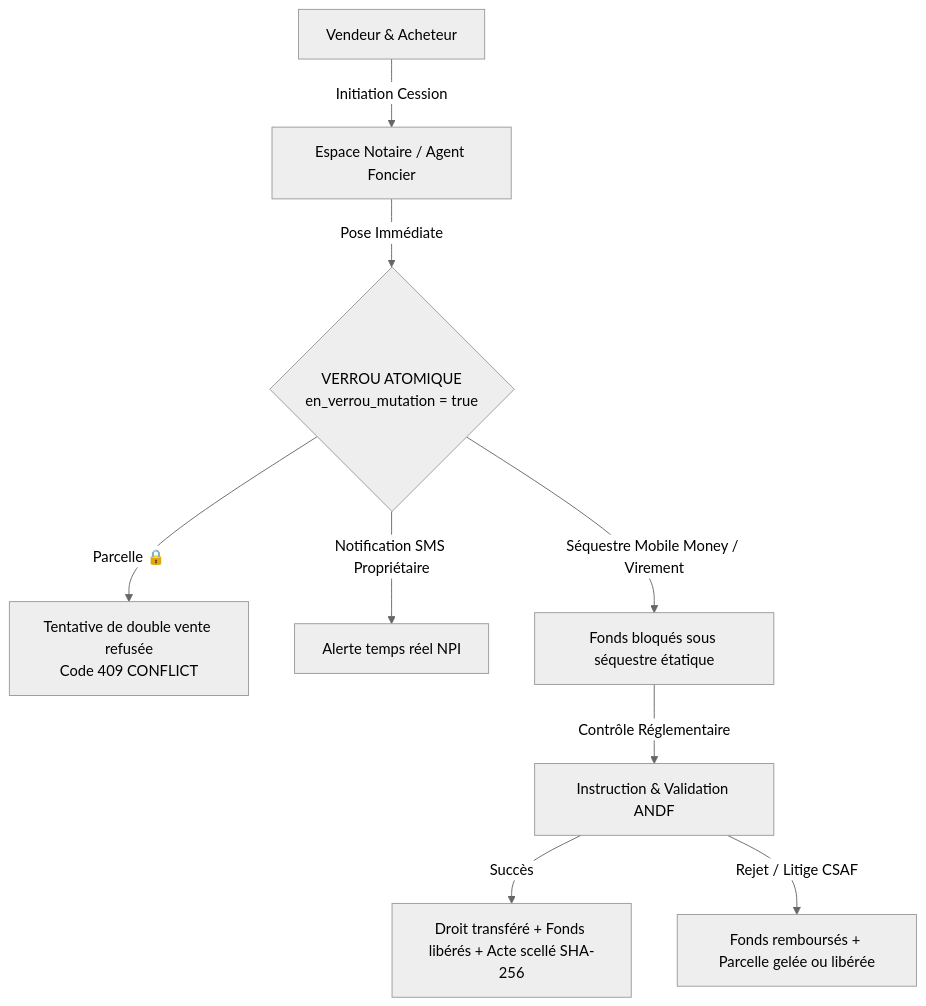
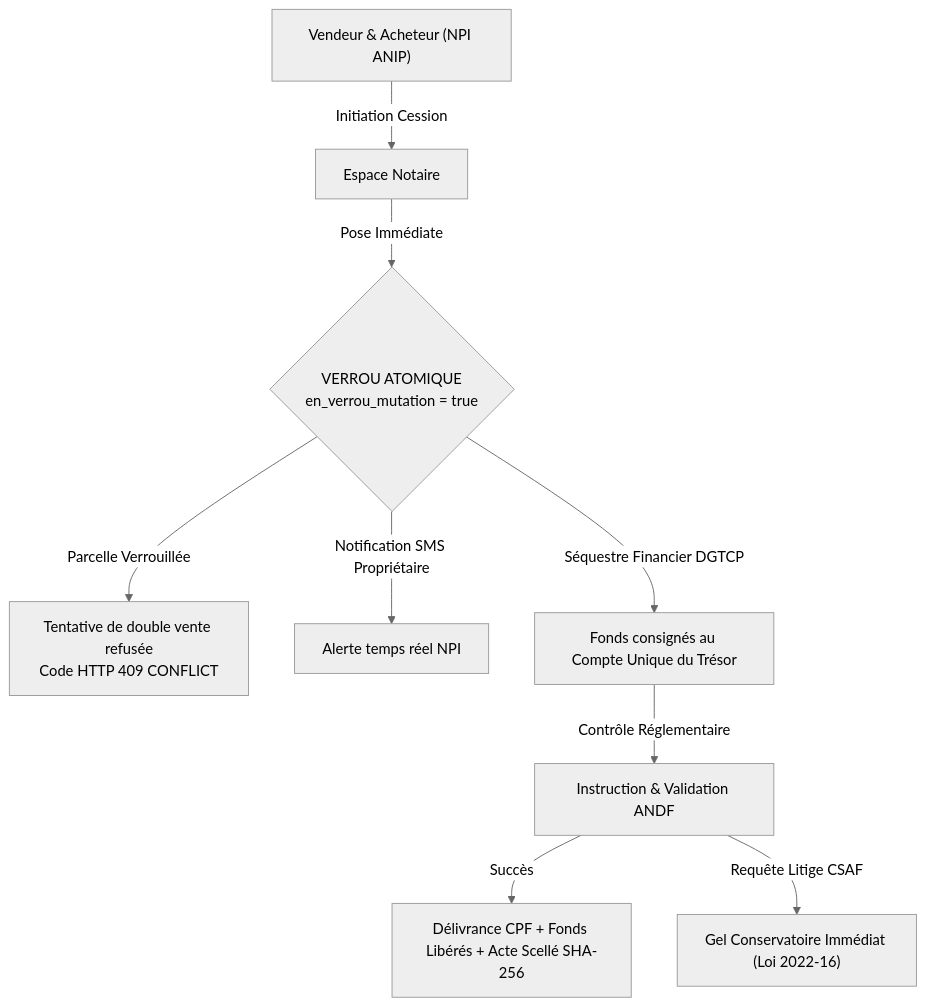
Before and after one commit to SAGBO4/BENINLAND: the diagram in README.md, drawn with Mermaid (neutral theme). The commit also changed other lines of this file and 1 other file, not shown here.

````diff
--- a/README.md
+++ b/README.md
@@ -72,11 +71,11 @@
 ```mermaid
 flowchart TD
-    A["Vendeur & Acheteur"] -->|Initiation Cession| B["Espace Notaire / Agent Foncier"]
+    A["Vendeur & Acheteur (NPI ANIP)"] -->|Initiation Cession| B["Espace Notaire"]
     B -->|Pose Immédiate| C{"VERROU ATOMIQUE<br/>en_verrou_mutation = true"}
-    C -->|Parcelle 🔒| D["Tentative de double vente refusée<br/>Code 409 CONFLICT"]
+    C -->|Parcelle Verrouillée| D["Tentative de double vente refusée<br/>Code HTTP 409 CONFLICT"]
     C -->|Notification SMS Propriétaire| E["Alerte temps réel NPI"]
-    C -->|Séquestre Mobile Money / Virement| F["Fonds bloqués sous séquestre étatique"]
+    C -->|Séquestre Financier DGTCP| F["Fonds consignés au Compte Unique du Trésor"]
     F -->|Contrôle Réglementaire| G["Instruction & Validation ANDF"]
-    G -->|Succès| H["Droit transféré + Fonds libérés + Acte scellé SHA-256"]
-    G -->|Rejet / Litige CSAF| I["Fonds remboursés + Parcelle gelée ou libérée"]
+    G -->|Succès| H["Délivrance CPF + Fonds Libérés + Acte Scellé SHA-256"]
+    G -->|Requête Litige CSAF| I["Gel Conservatoire Immédiat (Loi 2022-16)"]
 ```
````
